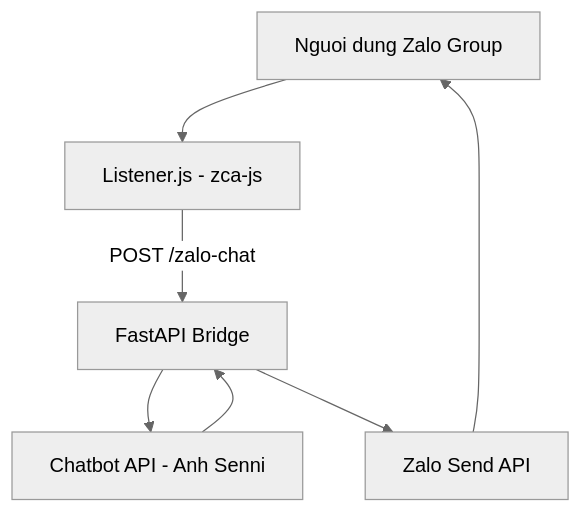
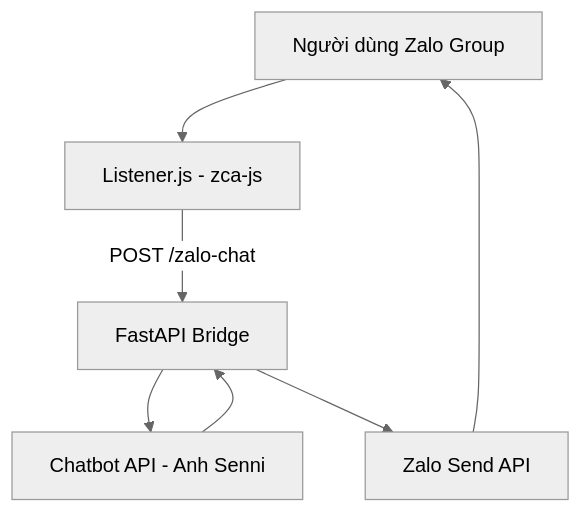
The diagram in README.md (Hainguyen752004/bimatnho), drawn with Mermaid (neutral theme) before and after one commit. The commit also changed other lines of this file, not shown here.

````diff
--- a/README.md
+++ b/README.md
@@ -26,9 +26,9 @@
 ```mermaid
 flowchart TD
-    A[Nguoi dung Zalo Group] --> B[Listener.js - zca-js]
+    A[Người dùng Zalo Group] --> B[Listener.js - zca-js]
     B -->|POST /zalo-chat| C[FastAPI Bridge]
     C --> D[Chatbot API - Anh Senni]
     D --> C
     C --> E[Zalo Send API]
     E --> A
 ```
````
